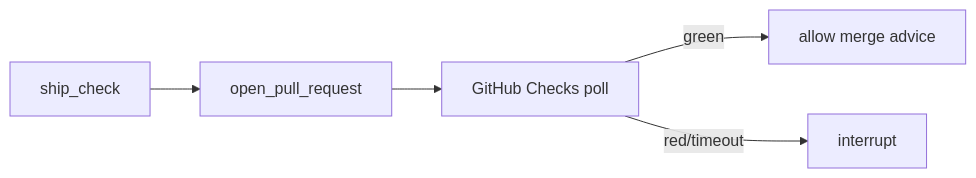
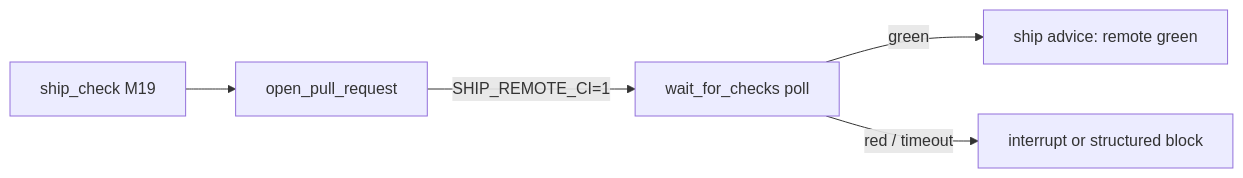
The diagram in docs/milestones/M38-remote-ci-gate.md (CharlotteYW/mini-claude-code), drawn with Mermaid before and after one commit. The commit also changed other lines of this file and 12 other files, not shown here.

Commit message:
Ship M38 opt-in GitHub Checks poll with HITL on red.

````diff
--- a/docs/milestones/M38-remote-ci-gate.md
+++ b/docs/milestones/M38-remote-ci-gate.md
@@ -30,7 +33,7 @@
 ```mermaid
 flowchart LR
-  Local[ship_check] --> PR[open_pull_request]
-  PR --> Poll[GitHub Checks poll]
-  Poll -->|green| Done[allow merge advice]
-  Poll -->|red/timeout| HITL[interrupt]
+  Local[ship_check M19] --> PR[open_pull_request]
+  PR -->|SHIP_REMOTE_CI=1| Poll[wait_for_checks poll]
+  Poll -->|green| Done[ship advice: remote green]
+  Poll -->|red / timeout| HITL[interrupt or structured block]
 ```
````
